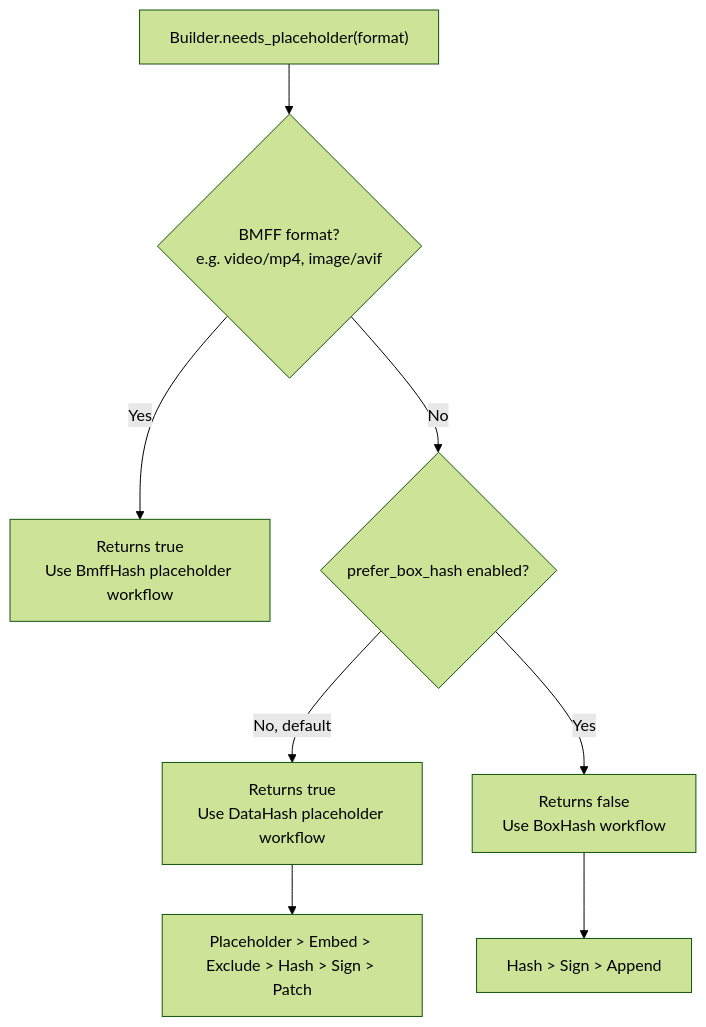
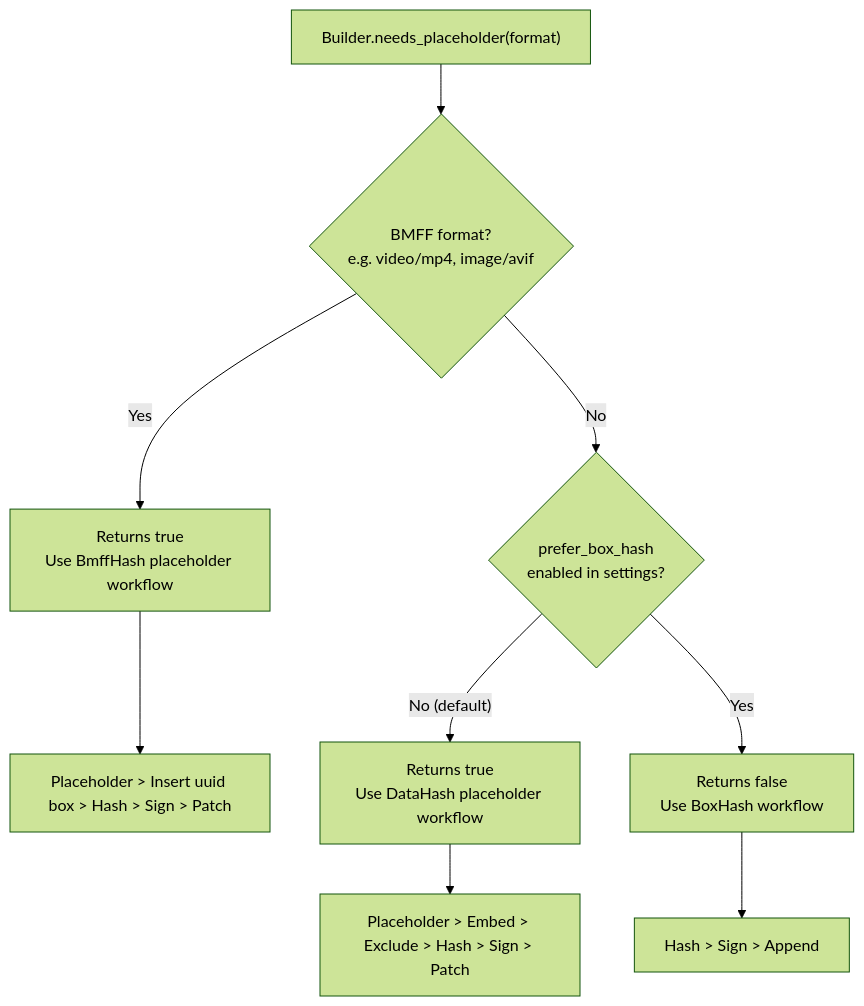
The first of 8 diagrams in docs/embeddable-api.md (contentauth/c2pa-c), drawn with Mermaid (forest theme) before and after one commit.

````diff
--- a/docs/embeddable-api.md
+++ b/docs/embeddable-api.md
@@ -51,10 +51,11 @@
 ```mermaid
 flowchart TD
     Start["Builder.needs_placeholder(format)"] --> IsBmff{BMFF format?<br/>e.g. video/mp4, image/avif}
     IsBmff -->|Yes| BmffWorkflow["Returns true<br/>Use BmffHash placeholder workflow"]
-    IsBmff -->|No| BoxCheck{"prefer_box_hash enabled?"}
-    BoxCheck -->|No, default| DataHashWorkflow["Returns true<br/>Use DataHash placeholder workflow"]
+    BmffWorkflow --> BmffSteps["Placeholder > Insert uuid box > Hash > Sign > Patch"]
+    IsBmff -->|No| BoxCheck{"prefer_box_hash<br/>enabled in settings?"}
+    BoxCheck -->|"No (default)"| DataHashWorkflow["Returns true<br/>Use DataHash placeholder workflow"]
     DataHashWorkflow --> DHSteps["Placeholder > Embed > Exclude > Hash > Sign > Patch"]
     BoxCheck -->|Yes| BoxHashWorkflow["Returns false<br/>Use BoxHash workflow"]
     BoxHashWorkflow --> BHSteps["Hash > Sign > Append"]
 ```
````
